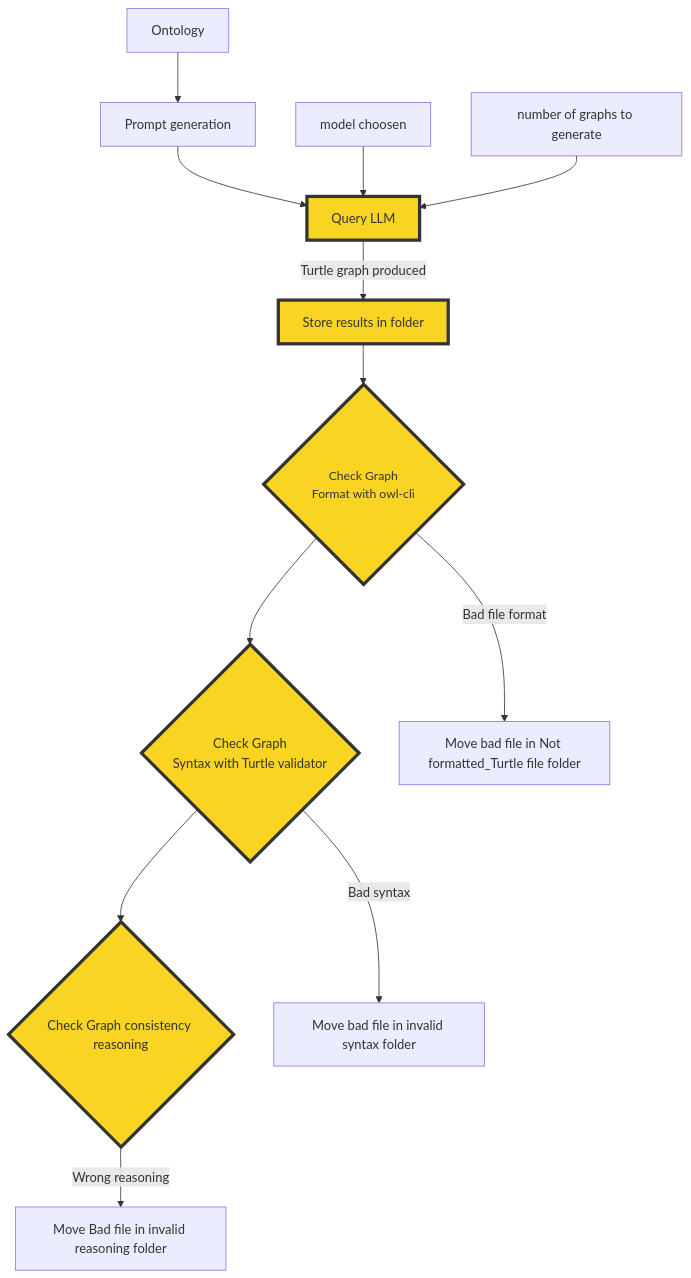
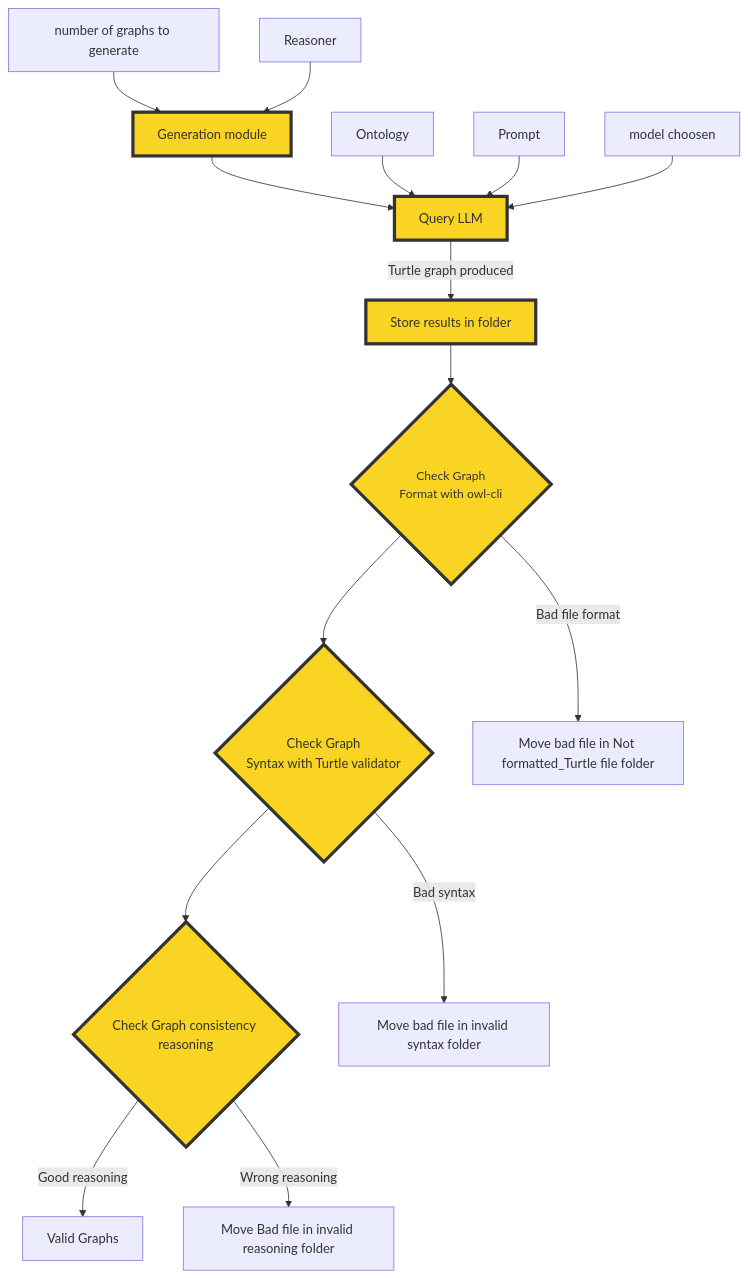
Before and after one commit to Orange-OpenSource/Ontology2Graph: the diagram in docs/modules/generate_ttl.md, drawn with Mermaid. The commit also changed 2 other files, not shown here.

Commit message:
schema enhancement

````diff
--- a/docs/modules/generate_ttl.md
+++ b/docs/modules/generate_ttl.md
@@ -38,25 +38,30 @@
 ```mermaid
 graph TD
-    B[Ontology] --> A
-    A[Prompt generation] --> D[Query LLM]:::highlight
+    AA[Generation module]:::highlight
+    AA --> D
+
+    B[Ontology] --> D
+    A[Prompt] --> D[Query LLM]:::highlight
     C[model choosen] --> D
-    CC[number of graphs to generate] --> D
+    CC[number of graphs to generate] --> AA
+    AAA[Reasoner] --> AA
 
     D -->|Turtle graph produced| DD[ Store results in folder ]:::highlight
 
     DD --> E{Check Graph 
     Format with owl-cli}:::highlight
 
     E --> F{Check Graph 
     Syntax with Turtle validator}:::highlight
     E --> |Bad file format|G[Move bad file in Not formatted_Turtle file folder]
 
     F --> H{Check Graph consistency reasoning}:::highlight
     F --> |Bad syntax|I[Move bad file in invalid syntax folder]
 
+    H --> |Good reasoning|K[Valid Graphs]
     H --> |Wrong reasoning|J[Move Bad file in invalid reasoning folder]
-
+    
     classDef smallNode font-size:15px,padding:1px;
     class E smallNode;
     classDef highlight fill:#f9d423,stroke:#333,stroke-width:4px;
 ```
````
